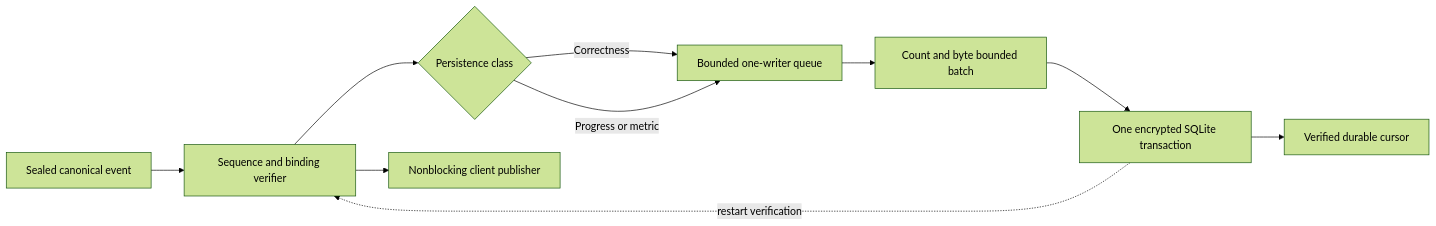
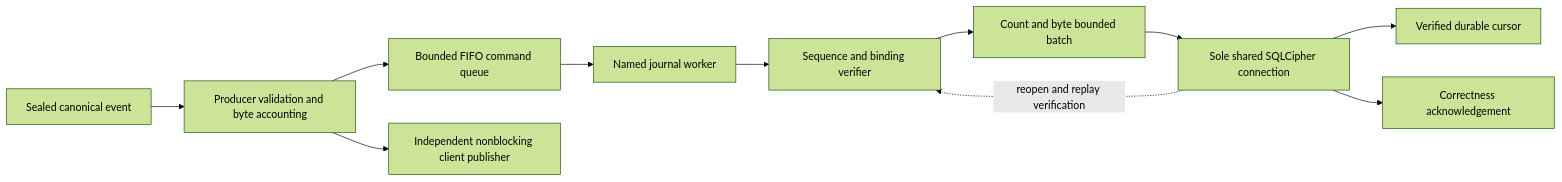
The second of 2 diagrams in docs/architecture/runtime-event-journal.md (AaronNHorvitz/AgentMage), drawn with Mermaid (forest theme) before and after one commit. The commit also changed other lines of this file and 5 other files, not shown here.

Commit message:
docs(runtime): publish journal worker guarantees

````diff
--- a/docs/architecture/runtime-event-journal.md
+++ b/docs/architecture/runtime-event-journal.md
@@ -163,12 +164,13 @@
 ```mermaid
 flowchart LR
-    E["Sealed canonical event"] --> S["Sequence and binding verifier"]
-    S --> C{"Persistence class"}
-    C -->|Correctness| Q["Bounded one-writer queue"]
-    C -->|Progress or metric| Q
-    Q --> B["Count and byte bounded batch"]
-    B --> X["One encrypted SQLite transaction"]
+    E["Sealed canonical event"] --> V["Producer validation and byte accounting"]
+    V --> Q["Bounded FIFO command queue"]
+    Q --> W["Named journal worker"]
+    W --> S["Sequence and binding verifier"]
+    S --> B["Count and byte bounded batch"]
+    B --> X["Sole shared SQLCipher connection"]
     X --> H["Verified durable cursor"]
-    S --> P["Nonblocking client publisher"]
-    X -. "restart verification" .-> S
+    X --> A["Correctness acknowledgement"]
+    V --> P["Independent nonblocking client publisher"]
+    X -. "reopen and replay verification" .-> S
 ```
````
